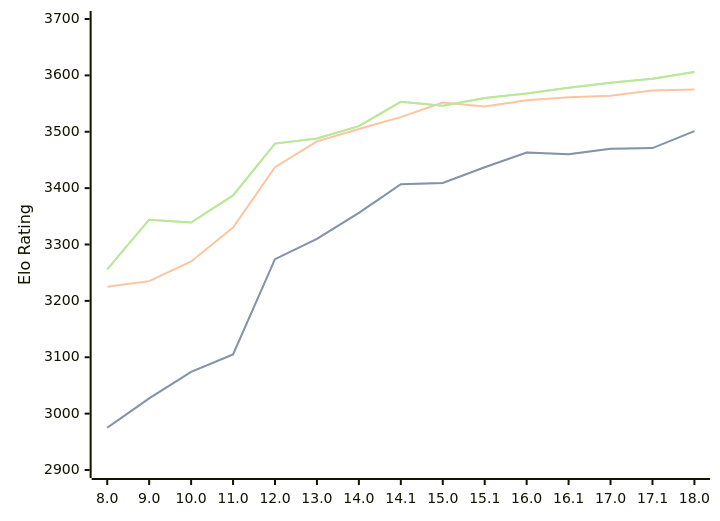
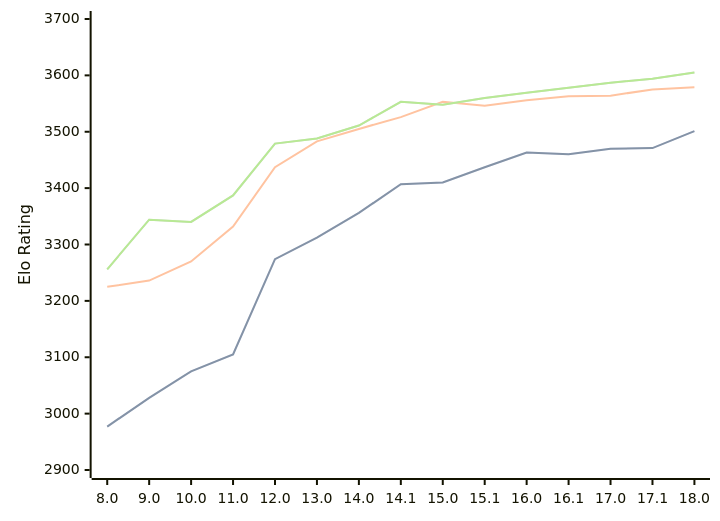
One commit to computer-chess-index/cci changed the third of 3 diagrams in engines/Stockfish.md. Above: the diagram before and after it, drawn with Mermaid. The commit also changed other lines of this file, not shown here.

Commit message:
Update CCI Ratings (ELO VLTC) - 2026-07-08

````diff
--- a/engines/Stockfish.md
+++ b/engines/Stockfish.md
@@ -79,11 +79,11 @@
 ```mermaid
 %%{init: {"theme":"base","themeVariables":{"seriesColors:['#a3a3a3','#222221','#faa371']}}}%%
 xychart-beta
   x-axis ["8.0", "9.0", "10.0", "11.0", "12.0", "13.0", "14.0", "14.1", "15.0", "15.1", "16.0", "16.1", "17.0", "17.1", "18.0"]
   y-axis "Elo Rating" 2900 --> 3700
-  line "STC (8.0+0.08s)" [2975, 3027, 3074, 3105, 3274, 3310, 3356, 3407, 3409, 3437, 3463, 3460, 3470, 3471, 3501]
-  line "STC (8.0+0.08s)" [2975, 3027, 3074, 3105, 3274, 3310, 3356, 3407, 3409, 3437, 3463, 3460, 3470, 3471, 3501]
-  line "LTC (60.0+0.60s)" [3225, 3235, 3270, 3330, 3437, 3483, 3505, 3526, 3552, 3545, 3556, 3561, 3564, 3573, 3575]
-  line "VLTC (2m24s+1.12s)" [3256, 3344, 3339, 3387, 3479, 3488, 3510, 3553, 3546, 3560, 3568, 3578, 3587, 3594, 3606]
-  line "VLTC (2m24s+1.12s)" [3256, 3344, 3339, 3387, 3479, 3488, 3510, 3553, 3546, 3560, 3568, 3578, 3587, 3594, 3606]
+  line "STC (8.0+0.08s)" [2977, 3028, 3075, 3105, 3274, 3312, 3356, 3407, 3410, 3437, 3463, 3460, 3470, 3471, 3501]
+  line "STC (8.0+0.08s)" [2977, 3028, 3075, 3105, 3274, 3312, 3356, 3407, 3410, 3437, 3463, 3460, 3470, 3471, 3501]
+  line "LTC (60.0+0.60s)" [3225, 3236, 3270, 3332, 3437, 3483, 3505, 3526, 3553, 3546, 3556, 3563, 3564, 3575, 3579]
+  line "VLTC (2m24s+1.12s)" [3256, 3344, 3340, 3387, 3479, 3488, 3511, 3553, 3548, 3560, 3569, 3578, 3587, 3594, 3605]
+  line "VLTC (2m24s+1.12s)" [3256, 3344, 3340, 3387, 3479, 3488, 3511, 3553, 3548, 3560, 3569, 3578, 3587, 3594, 3605]
 ```
````
